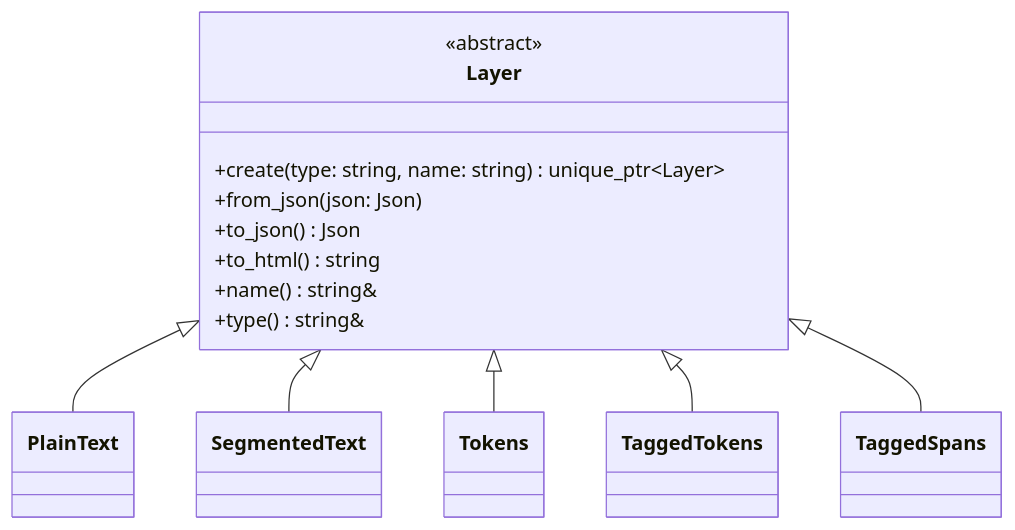
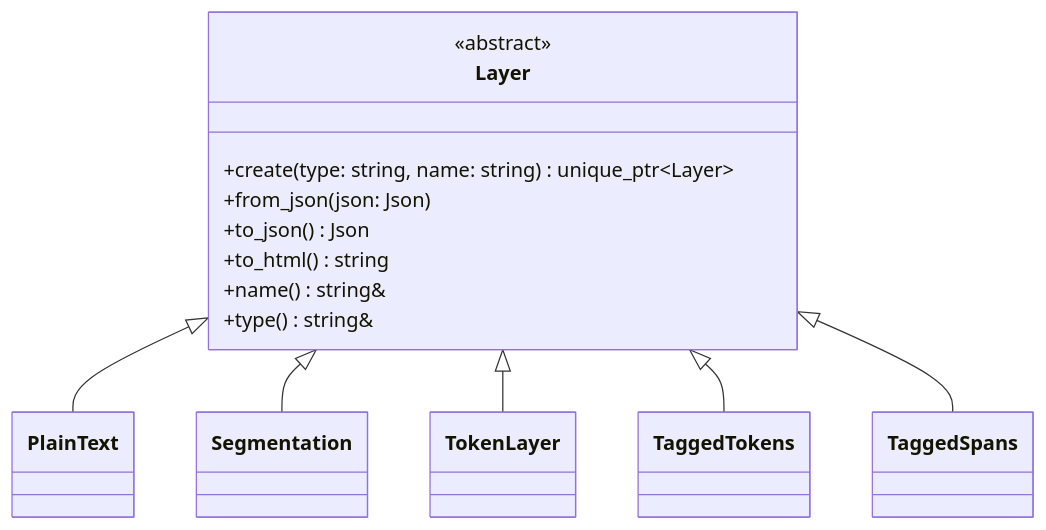
Before and after one commit to ufal/linpipe: the second of 8 diagrams in docs/src/dev/architecture.md, drawn with Mermaid. The commit also changed other lines of this file, not shown here.

Commit message:
Update architecture overview.

````diff
--- a/docs/src/dev/architecture.md
+++ b/docs/src/dev/architecture.md
@@ -60,24 +60,24 @@
 ```mermaid
 classDiagram
     class Layer {
         <<abstract>>
         +create(type: string, name: string) unique_ptr~Layer~
         +from_json(json: Json)
         +to_json() Json
         +to_html() string
         +name() string&
         +type() string&
     }
 
     class PlainText
-    class SegmentedText
-    class Tokens
+    class Segmentation
+    class TokenLayer
     class TaggedTokens
     class TaggedSpans
 
     Layer <|-- PlainText
-    Layer <|-- SegmentedText
-    Layer <|-- Tokens
+    Layer <|-- Segmentation
+    Layer <|-- TokenLayer
     Layer <|-- TaggedTokens
     Layer <|-- TaggedSpans
 ```
````
